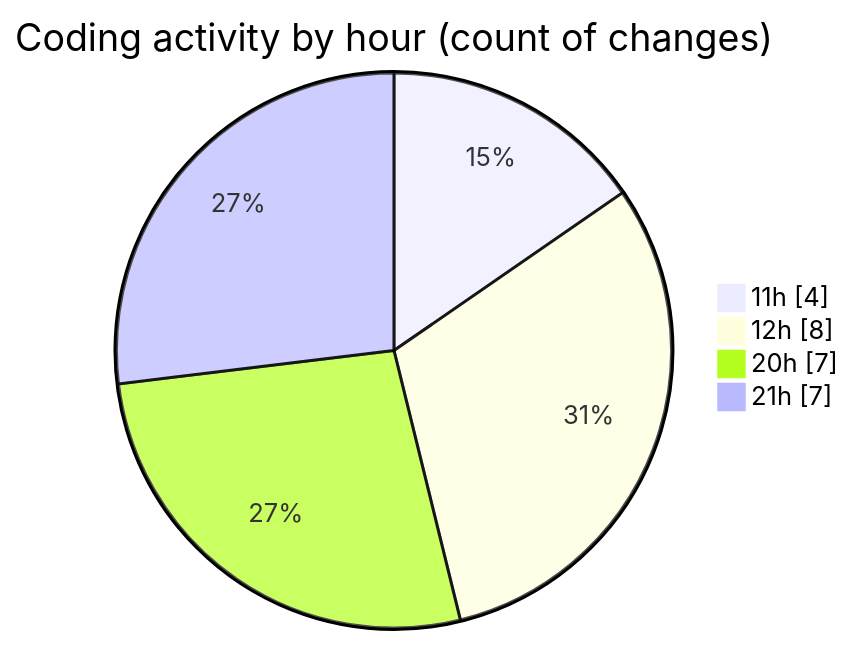
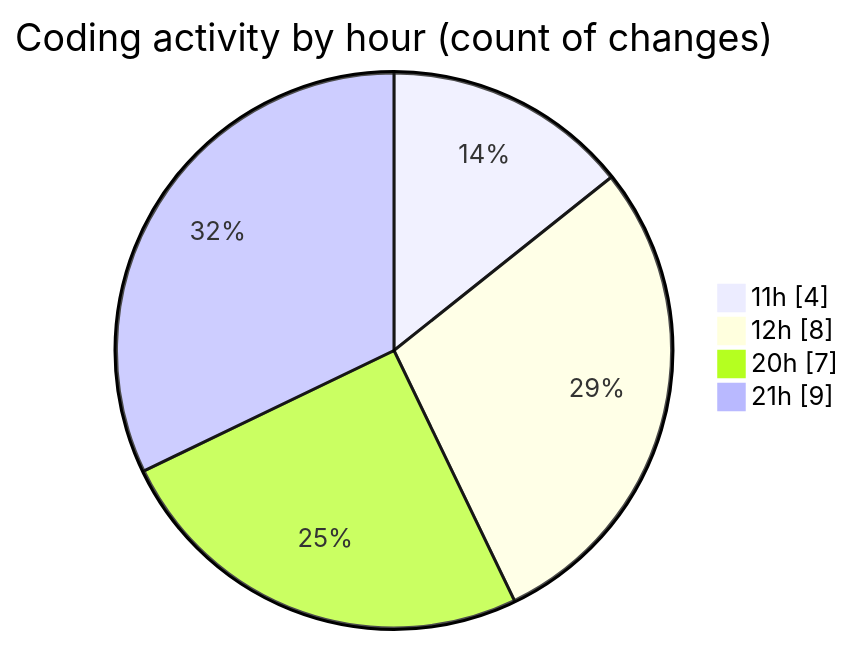
One commit to nxtqubesakshisongat/code-tracking changed the second of 2 diagrams in 2025-10-24/javacript/README.md. Above: the diagram before and after it, drawn with Mermaid. The commit also changed other lines of this file and 1 other file, not shown here.

````diff
--- a/2025-10-24/javacript/README.md
+++ b/2025-10-24/javacript/README.md
@@ -28,8 +28,8 @@
 ```mermaid
 pie showData
 title Coding activity by hour (count of changes)
 "11h" : 4
 "12h" : 8
 "20h" : 7
-"21h" : 7
+"21h" : 9
 ```
````
